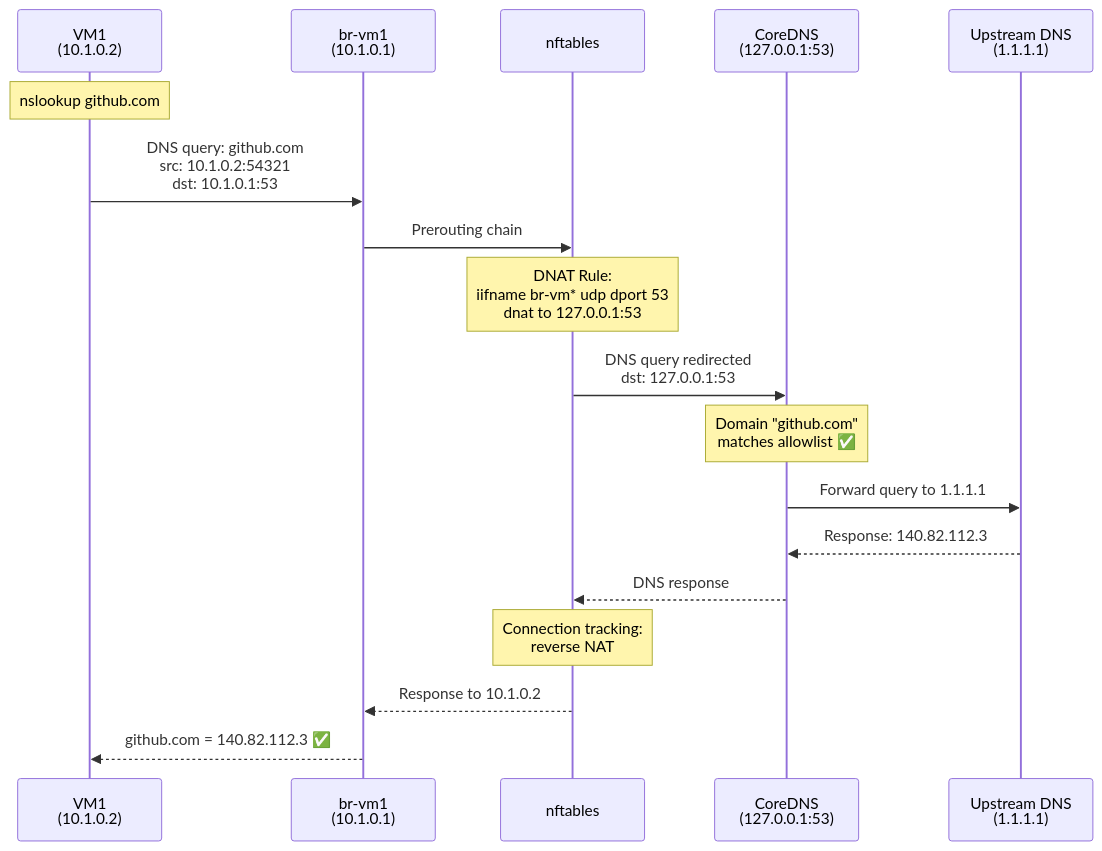
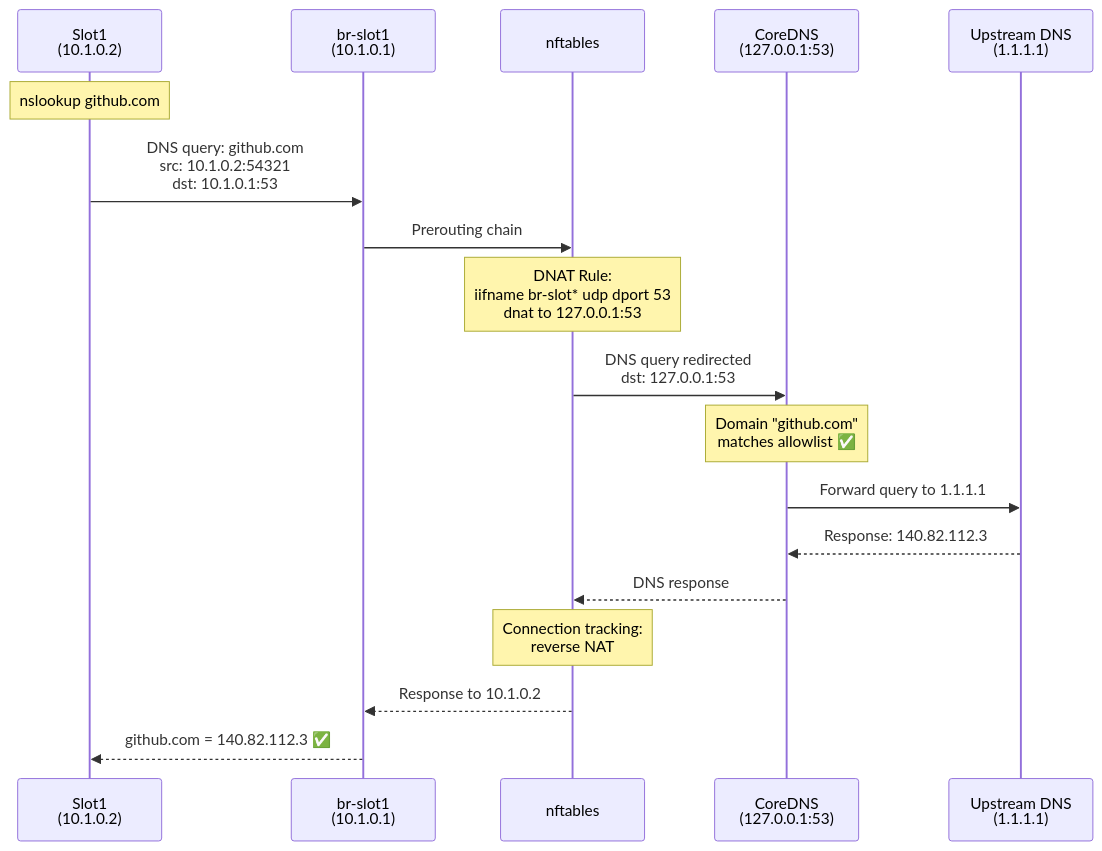
Before and after one commit to r33drichards/simple-microvm-infra: the sixth of 15 diagrams in NETWORK-TOPOLOGY.md, drawn with Mermaid. The commit also changed other lines of this file and 3 other files, not shown here.

First line of the commit message:
Update documentation for portable state architecture

````diff
--- a/NETWORK-TOPOLOGY.md
+++ b/NETWORK-TOPOLOGY.md
@@ -220,21 +220,21 @@
 ```mermaid
 sequenceDiagram
-    participant VM1 as VM1<br/>(10.1.0.2)
-    participant GW as br-vm1<br/>(10.1.0.1)
+    participant Slot1 as Slot1<br/>(10.1.0.2)
+    participant GW as br-slot1<br/>(10.1.0.1)
     participant NFT as nftables
     participant DNS as CoreDNS<br/>(127.0.0.1:53)
     participant Upstream as Upstream DNS<br/>(1.1.1.1)
 
-    Note over VM1: nslookup github.com
-    VM1->>GW: DNS query: github.com<br/>src: 10.1.0.2:54321<br/>dst: 10.1.0.1:53
+    Note over Slot1: nslookup github.com
+    Slot1->>GW: DNS query: github.com<br/>src: 10.1.0.2:54321<br/>dst: 10.1.0.1:53
     GW->>NFT: Prerouting chain
-    Note over NFT: DNAT Rule:<br/>iifname br-vm* udp dport 53<br/>dnat to 127.0.0.1:53
+    Note over NFT: DNAT Rule:<br/>iifname br-slot* udp dport 53<br/>dnat to 127.0.0.1:53
     NFT->>DNS: DNS query redirected<br/>dst: 127.0.0.1:53
     Note over DNS: Domain "github.com"<br/>matches allowlist ✅
     DNS->>Upstream: Forward query to 1.1.1.1
     Upstream-->>DNS: Response: 140.82.112.3
     DNS-->>NFT: DNS response
     Note over NFT: Connection tracking:<br/>reverse NAT
     NFT-->>GW: Response to 10.1.0.2
-    GW-->>VM1: github.com = 140.82.112.3 ✅
+    GW-->>Slot1: github.com = 140.82.112.3 ✅
 ```
````
